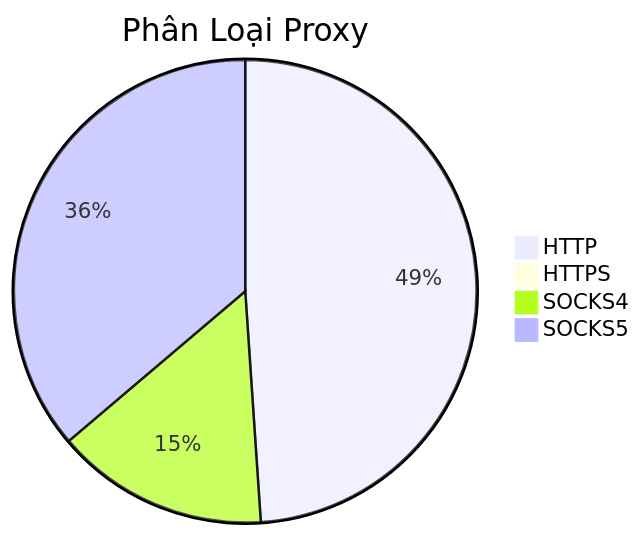
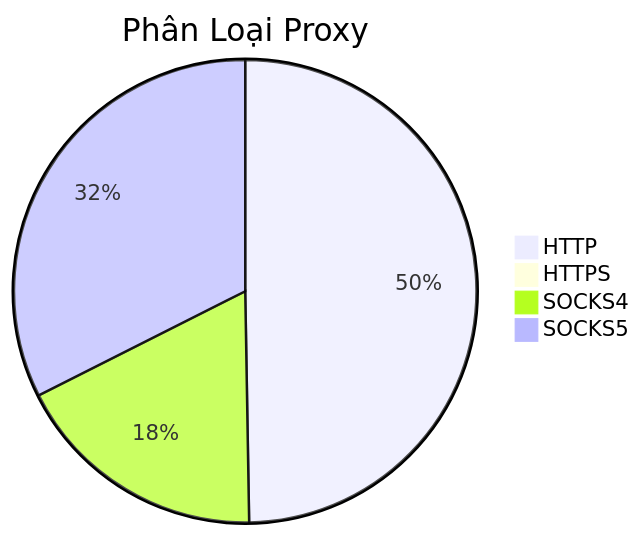
The diagram in README.md (Ciara-Aa/PROXY-free), drawn with Mermaid before and after one commit. The commit also changed other lines of this file and 4 other files, not shown here.

````diff
--- a/README.md
+++ b/README.md
@@ -26,7 +26,7 @@
 ```mermaid
 pie title Phân Loại Proxy
-    "HTTP" : 296
-    "HTTPS" : 5
-    "SOCKS4" : 90
-    "SOCKS5" : 219
+    "HTTP" : 368
+    "HTTPS" : 3
+    "SOCKS4" : 132
+    "SOCKS5" : 240
 ```
````
